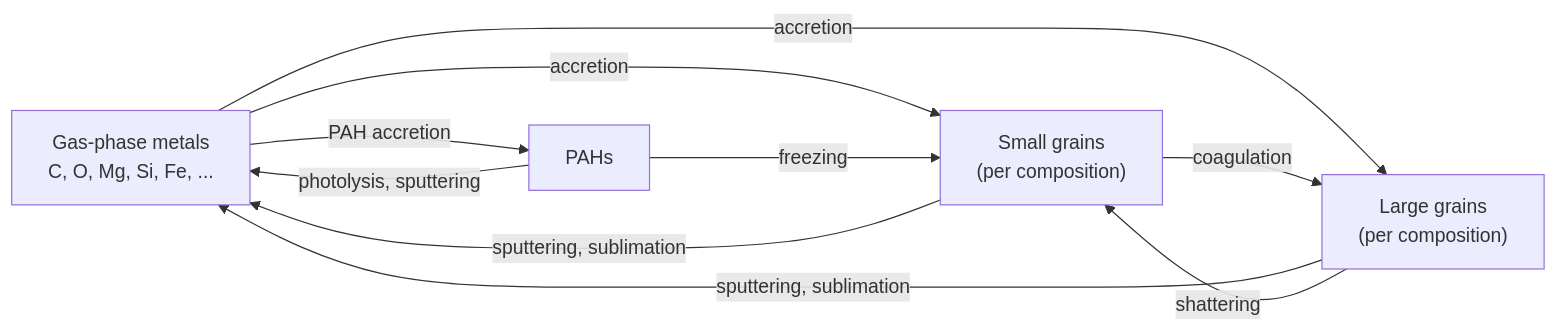
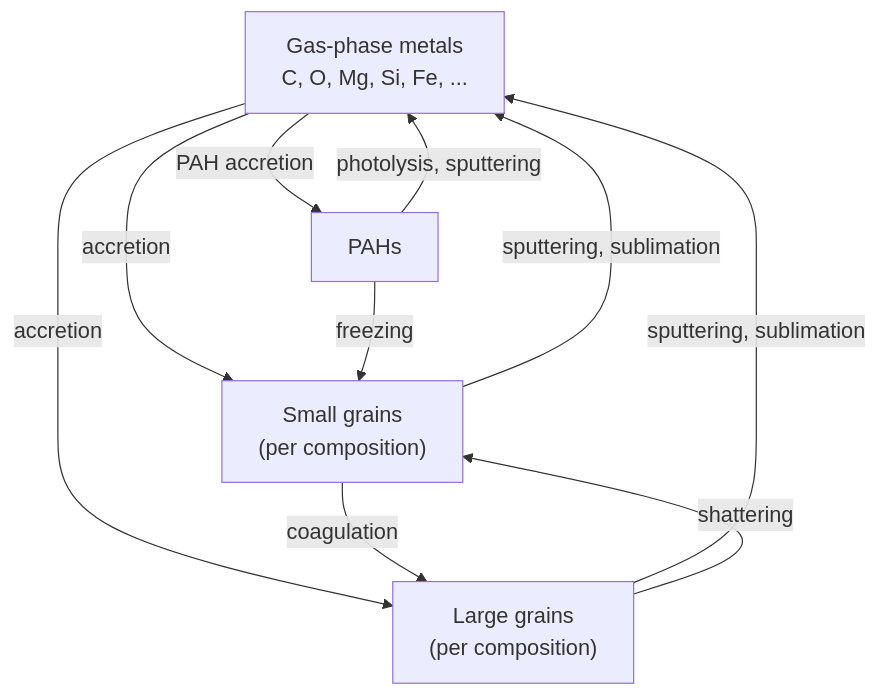
The diagram in docs/physics/index.md (currodri/pyCALIMA), drawn with Mermaid before and after one commit. The commit also changed other lines of this file and 3 other files, not shown here.

````diff
--- a/docs/physics/index.md
+++ b/docs/physics/index.md
@@ -20,16 +20,17 @@
 ```{mermaid}
-flowchart LR
+%%{init: {"themeVariables": {"fontSize": "18px"}, "flowchart": {"nodeSpacing": 40, "rankSpacing": 55}}}%%
+flowchart TB
     gas["Gas-phase metals<br/>C, O, Mg, Si, Fe, ..."]
     small["Small grains<br/>(per composition)"]
     large["Large grains<br/>(per composition)"]
     pah["PAHs"]
     gas -- accretion --> small
     gas -- accretion --> large
     small -- "sputtering, sublimation" --> gas
     large -- "sputtering, sublimation" --> gas
     small -- coagulation --> large
     large -- shattering --> small
     gas -- "PAH accretion" --> pah
     pah -- "photolysis, sputtering" --> gas
     pah -- freezing --> small
 ```
````
